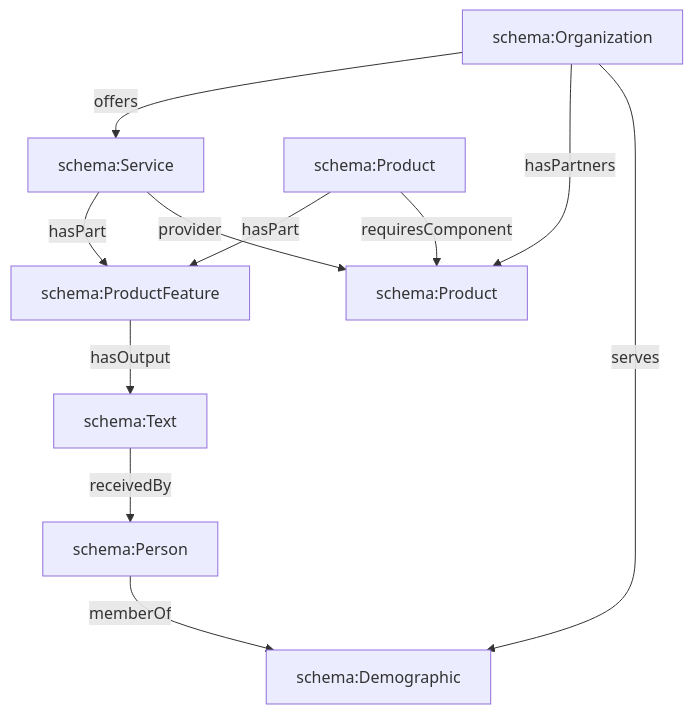
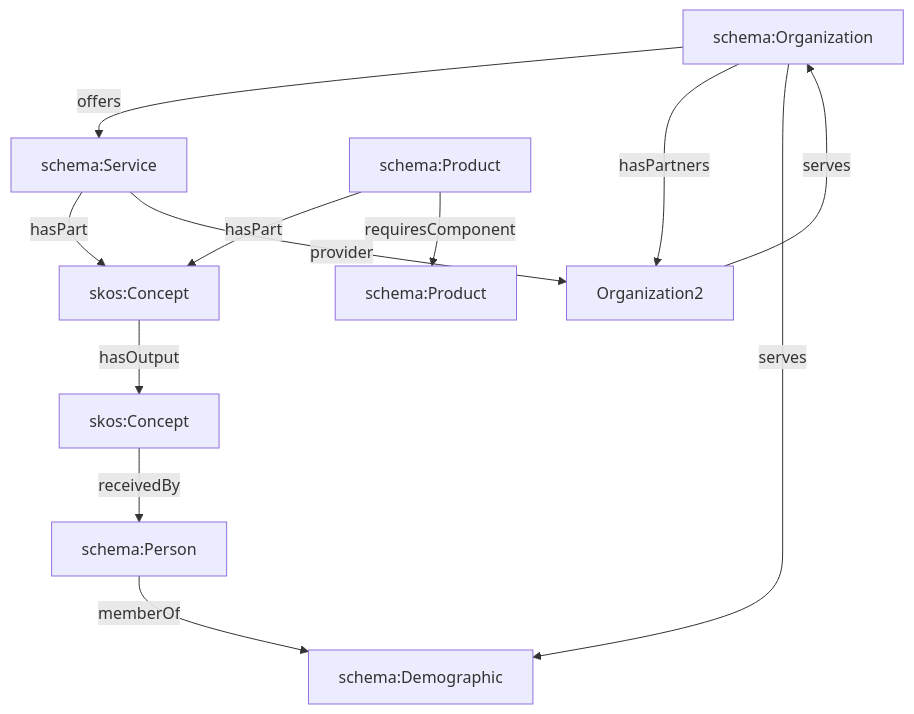
Before and after one commit to fact-claims/fact.claims: the diagram in www/content/paper/index.md, drawn with Mermaid.

````diff
--- a/www/content/paper/index.md
+++ b/www/content/paper/index.md
@@ -78,13 +78,14 @@
 ```mermaid
 graph TB;
   Organization["schema:Organization"] -->|offers| Services["schema:Service"]
-  Products["schema:Product"] -->|hasPart| Features["schema:ProductFeature"]
+  Products["schema:Product"] -->|hasPart| Features["skos:Concept"]
   Services -->|hasPart| Features
   Products -->|requiresComponent| SupplyChain["schema:Product"]
-  Services -->|provider| SupplyChain
-  Features -->|hasOutput| Benefits["schema:Text"]
+  Services -->|provider| Organization2
+  Features -->|hasOutput| Benefits["skos:Concept"]
   Benefits -->|receivedBy| Customer["schema:Person"]
-  Organization -->|hasPartners| SupplyChain
+  Organization -->|hasPartners| Organization2
   Organization -->|serves| Demographic["schema:Demographic"]
+  Organization2 -->|serves| Organization["schema:Organization"]
   Customer -->|memberOf| Demographic
 ```
````
